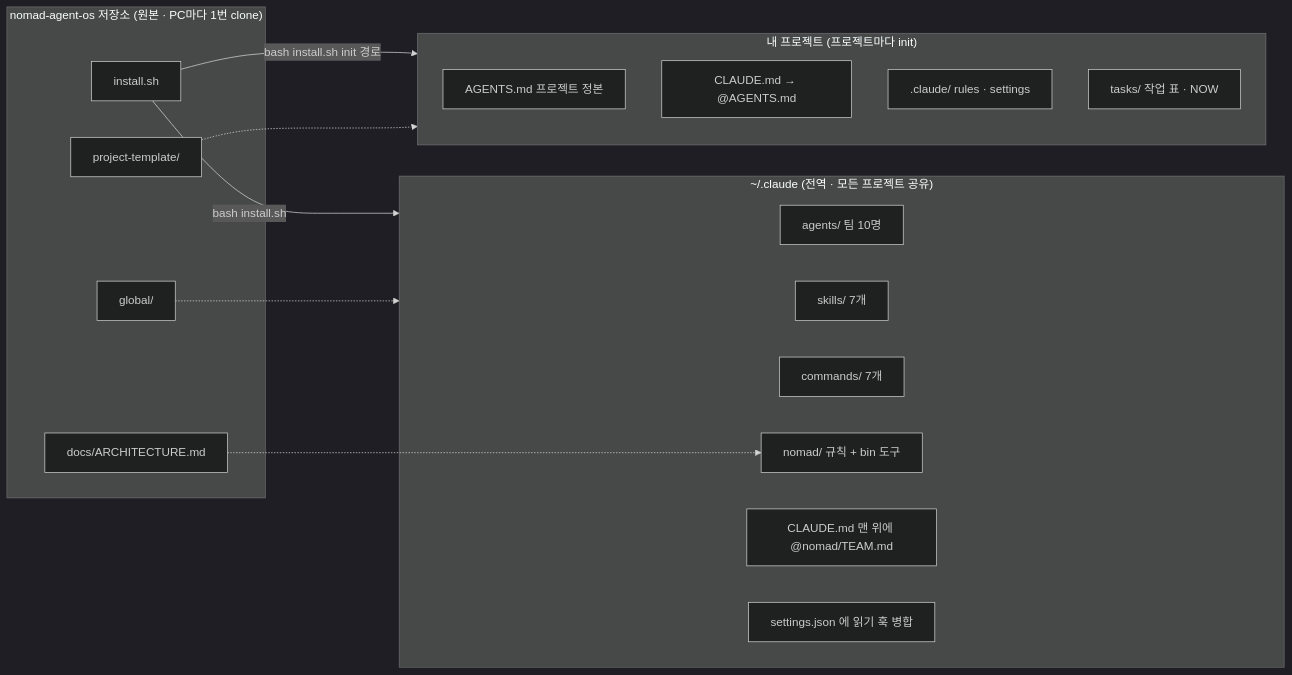
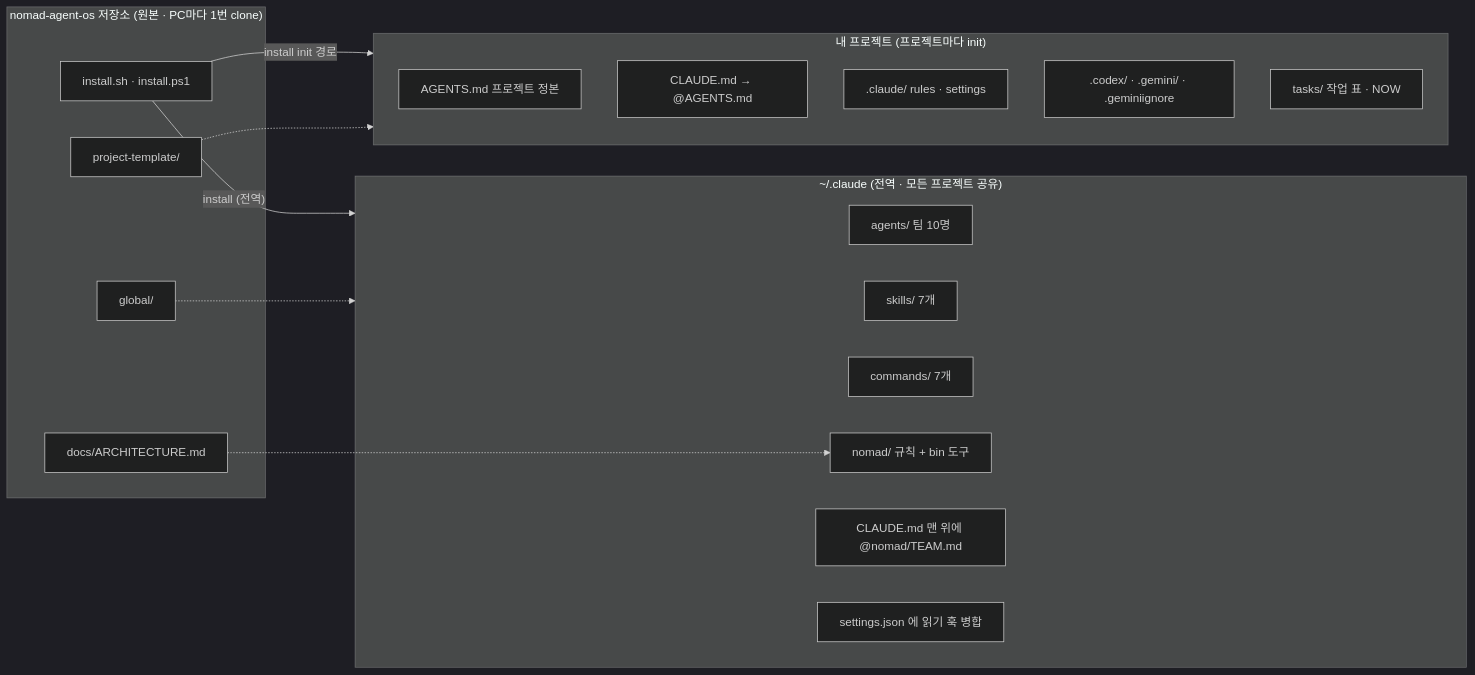
Before and after one commit to DevOps0906/nomad-agent-os: the second of 3 diagrams in README.md, drawn with Mermaid (dark theme). The commit also changed other lines of this file and 9 other files, not shown here.

````diff
--- a/README.md
+++ b/README.md
@@ -326,28 +279,29 @@
 ```mermaid
 flowchart LR
   subgraph REPO["nomad-agent-os 저장소 (원본 · PC마다 1번 clone)"]
-    INST["install.sh"]
+    INST["install.sh · install.ps1"]
     G["global/"]
     PT["project-template/"]
     DOC["docs/ARCHITECTURE.md"]
   end
   subgraph HOME["~/.claude (전역 · 모든 프로젝트 공유)"]
     HA["agents/ 팀 10명"]
     HS["skills/ 7개"]
     HC["commands/ 7개"]
     HN["nomad/ 규칙 + bin 도구"]
     HM["CLAUDE.md 맨 위에 @nomad/TEAM.md"]
     HJ["settings.json 에 읽기 훅 병합"]
   end
   subgraph PROJ["내 프로젝트 (프로젝트마다 init)"]
     PA["AGENTS.md 프로젝트 정본"]
     PC["CLAUDE.md → @AGENTS.md"]
     PR[".claude/ rules · settings"]
+    PX[".codex/ · .gemini/ · .geminiignore"]
     PK["tasks/ 작업 표 · NOW"]
   end
-  INST -- "bash install.sh" --> HOME
+  INST -- "install (전역)" --> HOME
   G -.-> HOME
   DOC -.-> HN
-  INST -- "bash install.sh init 경로" --> PROJ
+  INST -- "install init 경로" --> PROJ
   PT -.-> PROJ
 ```
````
